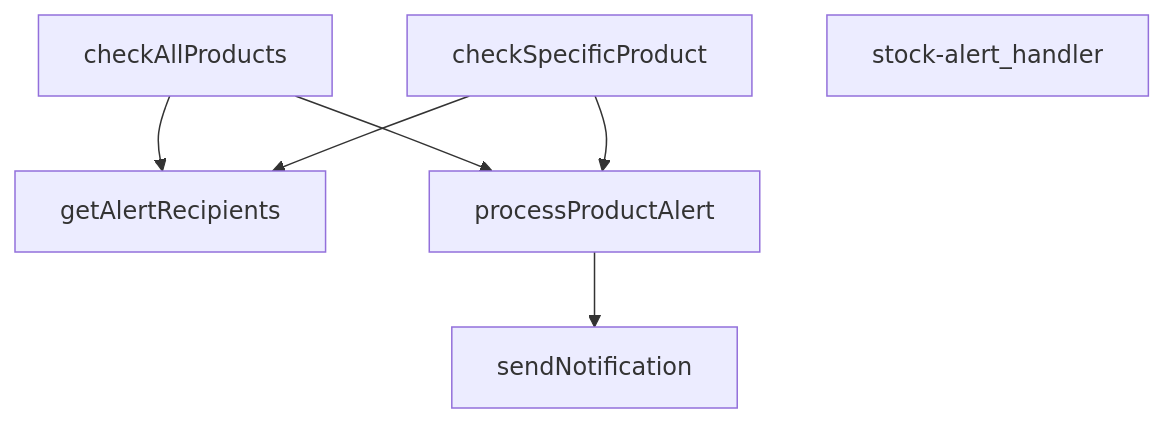
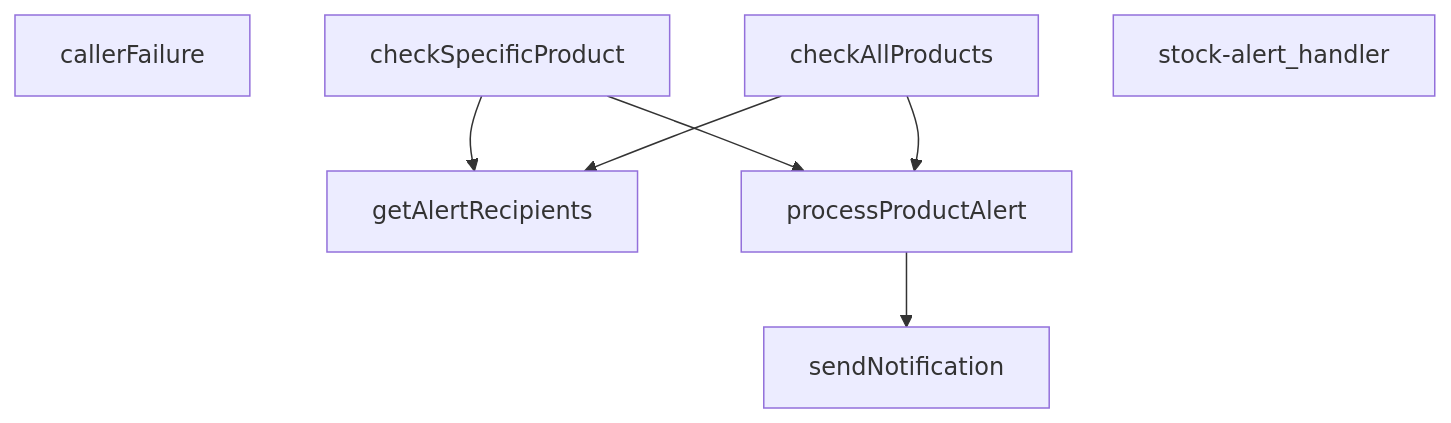
One commit to peckop/venthub-hvac-esite changed the diagram in supabase/functions/stock-alert/index.md. Above: the diagram before and after it, drawn with Mermaid. The commit also changed other lines of this file and 189 other files, not shown here.

````diff
--- a/supabase/functions/stock-alert/index.md
+++ b/supabase/functions/stock-alert/index.md
@@ -228,14 +196,15 @@
 ```mermaid
 graph TD
+    index_ts__callerFailure["callerFailure"]
     index_ts__checkAllProducts["checkAllProducts"]
     index_ts__checkSpecificProduct["checkSpecificProduct"]
     index_ts__getAlertRecipients["getAlertRecipients"]
     index_ts__processProductAlert["processProductAlert"]
     index_ts__sendNotification["sendNotification"]
     index_ts__stock-alert_handler["stock-alert_handler"]
-    index_ts__processProductAlert --> index_ts__sendNotification
+    index_ts__checkSpecificProduct --> index_ts__getAlertRecipients
+    index_ts__checkSpecificProduct --> index_ts__processProductAlert
     index_ts__checkAllProducts --> index_ts__processProductAlert
     index_ts__checkAllProducts --> index_ts__getAlertRecipients
-    index_ts__checkSpecificProduct --> index_ts__processProductAlert
-    index_ts__checkSpecificProduct --> index_ts__getAlertRecipients
+    index_ts__processProductAlert --> index_ts__sendNotification
 ```
````
